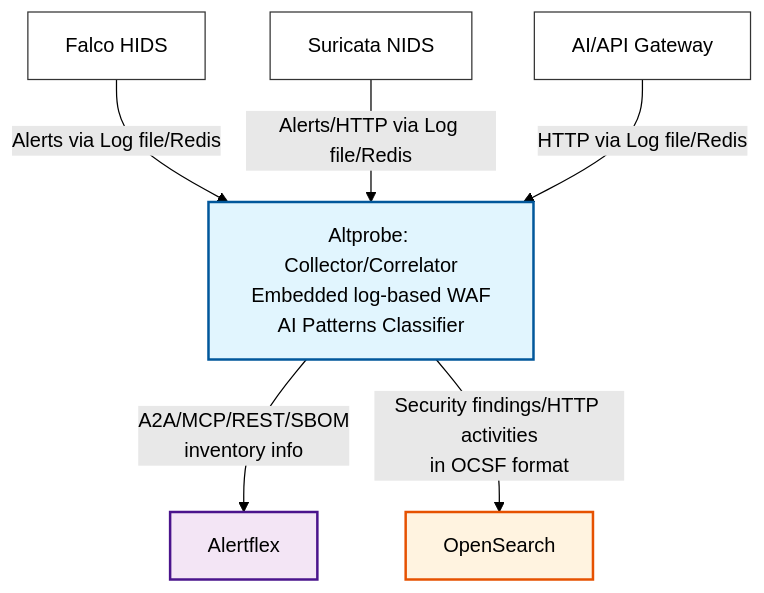
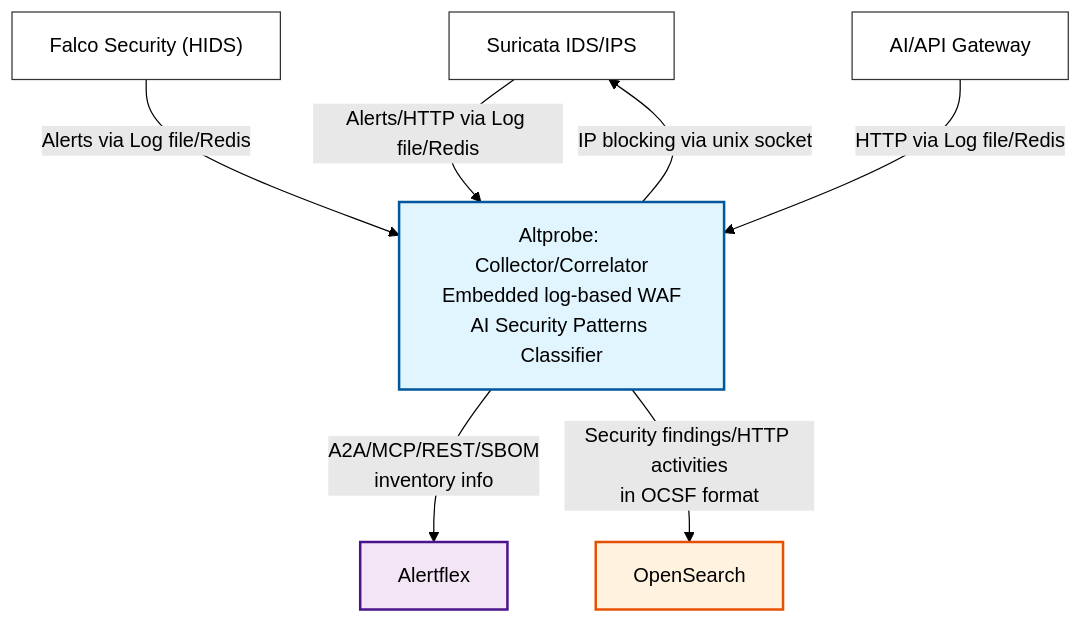
The diagram in README.md (olegzhr/altprobe), drawn with Mermaid (forest theme) before and after one commit.

````diff
--- a/README.md
+++ b/README.md
@@ -7,16 +7,18 @@
 ```mermaid
 flowchart TD
-    HIDS[Falco HIDS] -->|Alerts via Log file/Redis| Altprobe
-    NIDS[Suricata NIDS] -->|Alerts/HTTP via Log file/Redis| Altprobe
+    NIDS["Suricata IDS/IPS"] -->|Alerts/HTTP via Log file/Redis| Altprobe
+    HIDS["Falco Security (HIDS)"] -->|Alerts via Log file/Redis| Altprobe
     Proxy["AI/API Gateway"] -->|HTTP via Log file/Redis| Altprobe
 
-    Altprobe["Altprobe: Collector/Correlator<br/>Embedded log-based WAF<br/>AI Patterns Classifier"] -->|A2A/MCP/REST/SBOM<br/> inventory info| Alertflex[Alertflex]
+    Altprobe["Altprobe: Collector/Correlator<br/>Embedded log-based WAF<br/>AI Security Patterns Classifier"] -->|A2A/MCP/REST/SBOM<br/> inventory info| Alertflex[Alertflex]
     Altprobe -->|Security findings/HTTP activities<br/>in OCSF format| OpenSearch[OpenSearch]
+
+    Altprobe -->|IP blocking via unix socket| NIDS
 
     style NIDS fill:#ffffff,stroke:#333,stroke-width:1px
     style HIDS fill:#ffffff,stroke:#333,stroke-width:1px
     style Proxy fill:#ffffff,stroke:#333,stroke-width:1px
     style Altprobe fill:#e1f5fe,stroke:#01579b,stroke-width:2px
     style Alertflex fill:#f3e5f5,stroke:#4a148c,stroke-width:2px
     style OpenSearch fill:#fff3e0,stroke:#e65100,stroke-width:2px
 ```
````
